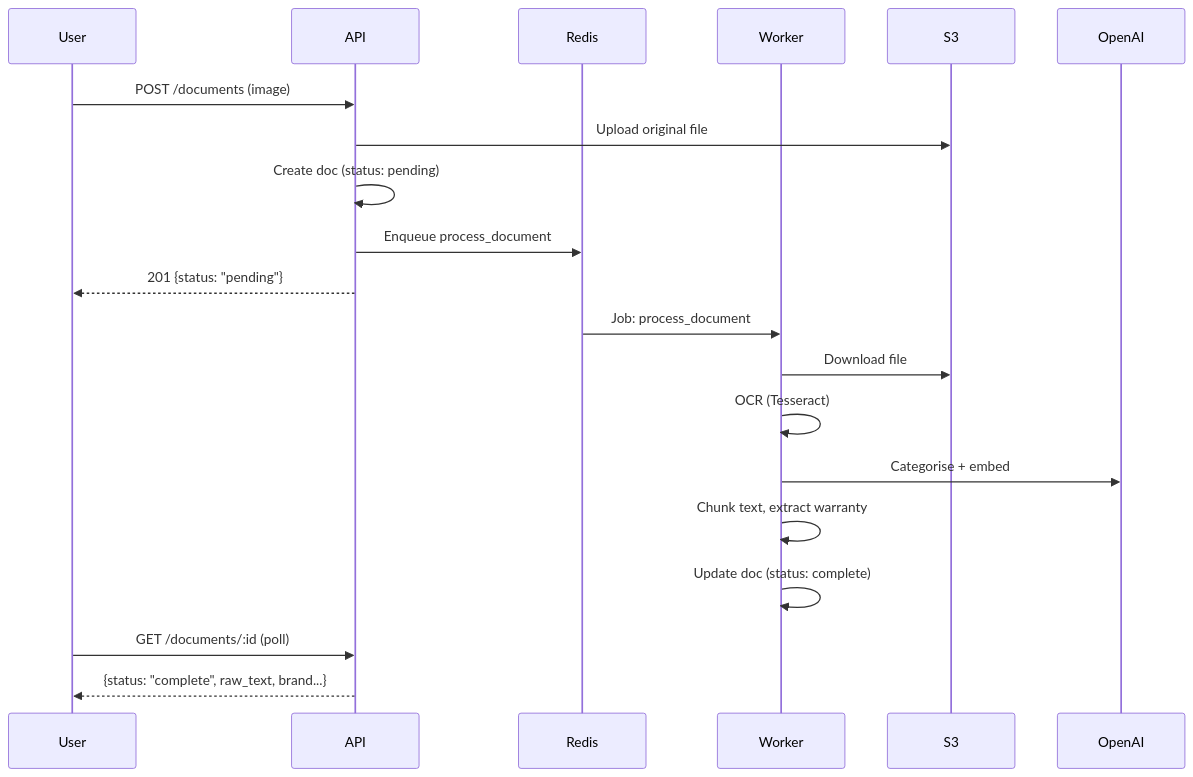
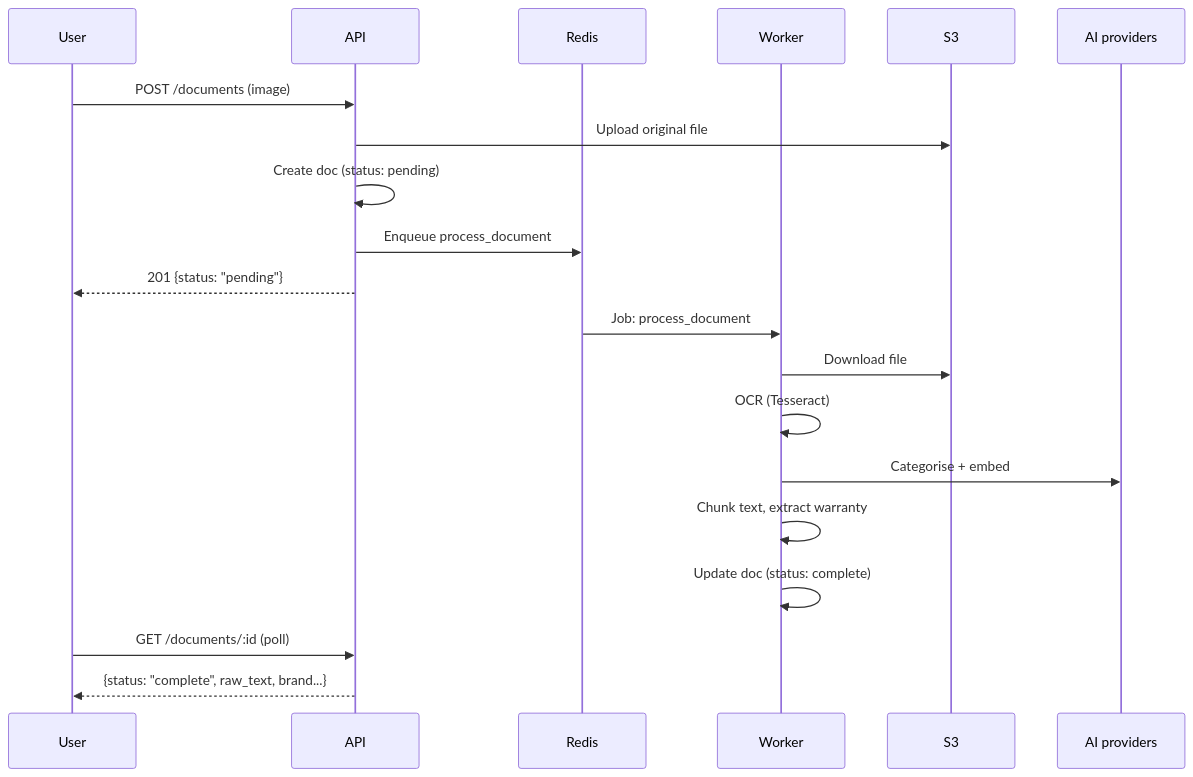
One commit to haydenteh5526/FYP changed the second of 2 diagrams in README.md. Above: the diagram before and after it, drawn with Mermaid. The commit also changed other lines of this file and 8 other files, not shown here.

````diff
--- a/README.md
+++ b/README.md
@@ -87,23 +89,23 @@
 ```mermaid
 sequenceDiagram
     participant U as User
     participant A as API
     participant R as Redis
     participant W as Worker
     participant S as S3
-    participant AI as OpenAI
+    participant AI as AI providers
 
     U->>A: POST /documents (image)
     A->>S: Upload original file
     A->>A: Create doc (status: pending)
     A->>R: Enqueue process_document
     A-->>U: 201 {status: "pending"}
     R->>W: Job: process_document
     W->>S: Download file
     W->>W: OCR (Tesseract)
     W->>AI: Categorise + embed
     W->>W: Chunk text, extract warranty
     W->>W: Update doc (status: complete)
     U->>A: GET /documents/:id (poll)
     A-->>U: {status: "complete", raw_text, brand...}
 ```
````
